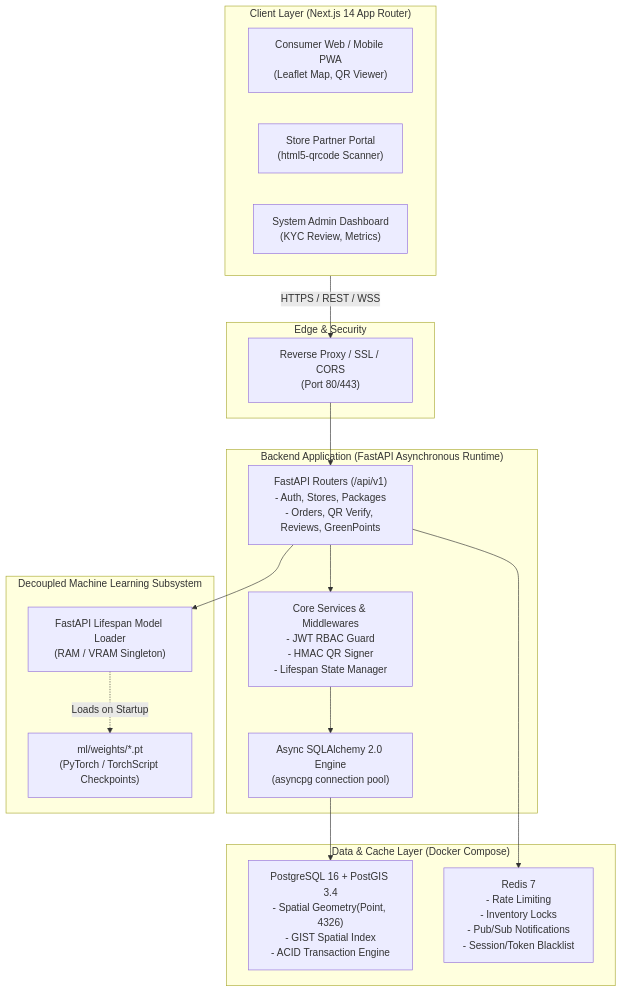
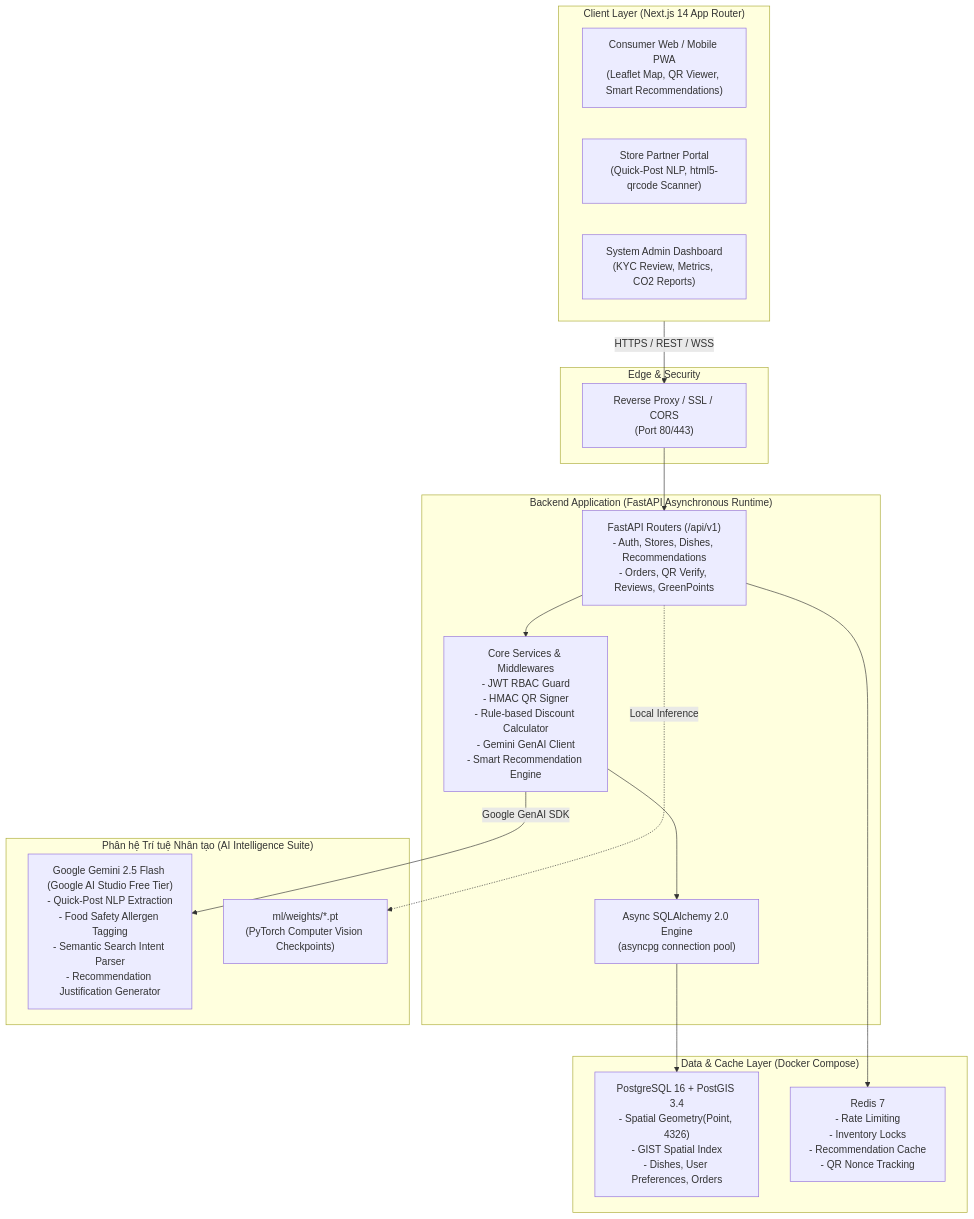
One commit to pqhuy1807/EcoBite changed the first of 4 diagrams in docs/02_System_Architecture.md. Above: the diagram before and after it, drawn with Mermaid. The commit also changed other lines of this file and 11 other files, not shown here.

````diff
--- a/docs/02_System_Architecture.md
+++ b/docs/02_System_Architecture.md
@@ -13,37 +13,37 @@
 ```mermaid
 flowchart TD
     subgraph ClientLayer ["Client Layer (Next.js 14 App Router)"]
-        ConsumerApp["Consumer Web / Mobile PWA\n(Leaflet Map, QR Viewer)"]
-        PartnerPortal["Store Partner Portal\n(html5-qrcode Scanner)"]
-        AdminDashboard["System Admin Dashboard\n(KYC Review, Metrics)"]
+        ConsumerApp["Consumer Web / Mobile PWA\n(Leaflet Map, QR Viewer, Smart Recommendations)"]
+        PartnerPortal["Store Partner Portal\n(Quick-Post NLP, html5-qrcode Scanner)"]
+        AdminDashboard["System Admin Dashboard\n(KYC Review, Metrics, CO2 Reports)"]
     end
 
     subgraph Gateway ["Edge & Security"]
         NginxGateway["Reverse Proxy / SSL / CORS\n(Port 80/443)"]
     end
 
     subgraph BackendLayer ["Backend Application (FastAPI Asynchronous Runtime)"]
-        APIEndpoints["FastAPI Routers (/api/v1)\n- Auth, Stores, Packages\n- Orders, QR Verify, Reviews, GreenPoints"]
-        CoreMiddleware["Core Services & Middlewares\n- JWT RBAC Guard\n- HMAC QR Signer\n- Lifespan State Manager"]
+        APIEndpoints["FastAPI Routers (/api/v1)\n- Auth, Stores, Dishes, Recommendations\n- Orders, QR Verify, Reviews, GreenPoints"]
+        CoreMiddleware["Core Services & Middlewares\n- JWT RBAC Guard\n- HMAC QR Signer\n- Rule-based Discount Calculator\n- Gemini GenAI Client\n- Smart Recommendation Engine"]
         DBSession["Async SQLAlchemy 2.0 Engine\n(asyncpg connection pool)"]
     end
 
     subgraph DataLayer ["Data & Cache Layer (Docker Compose)"]
-        PostgreSQL["PostgreSQL 16 + PostGIS 3.4\n- Spatial Geometry(Point, 4326)\n- GIST Spatial Index\n- ACID Transaction Engine"]
-        RedisStore["Redis 7\n- Rate Limiting\n- Inventory Locks\n- Pub/Sub Notifications\n- Session/Token Blacklist"]
+        PostgreSQL["PostgreSQL 16 + PostGIS 3.4\n- Spatial Geometry(Point, 4326)\n- GIST Spatial Index\n- Dishes, User Preferences, Orders"]
+        RedisStore["Redis 7\n- Rate Limiting\n- Inventory Locks\n- Recommendation Cache\n- QR Nonce Tracking"]
     end
 
-    subgraph MLLayer ["Decoupled Machine Learning Subsystem"]
-        MLDir["ml/weights/*.pt\n(PyTorch / TorchScript Checkpoints)"]
-        ModelSingleton["FastAPI Lifespan Model Loader\n(RAM / VRAM Singleton)"]
+    subgraph AISuite ["Phân hệ Trí tuệ Nhân tạo (AI Intelligence Suite)"]
+        GeminiNLP["Google Gemini 2.5 Flash (Google AI Studio Free Tier)\n- Quick-Post NLP Extraction\n- Food Safety Allergen Tagging\n- Semantic Search Intent Parser\n- Recommendation Justification Generator"]
+        MLDir["ml/weights/*.pt\n(PyTorch Computer Vision Checkpoints)"]
     end
 
     ClientLayer -->|HTTPS / REST / WSS| NginxGateway
     NginxGateway --> APIEndpoints
     APIEndpoints --> CoreMiddleware
     CoreMiddleware --> DBSession
     DBSession --> PostgreSQL
     APIEndpoints --> RedisStore
-    APIEndpoints --> ModelSingleton
-    ModelSingleton -.->|Loads on Startup| MLDir
+    CoreMiddleware -->|Google GenAI SDK| GeminiNLP
+    APIEndpoints -.->|Local Inference| MLDir
 ```
````
